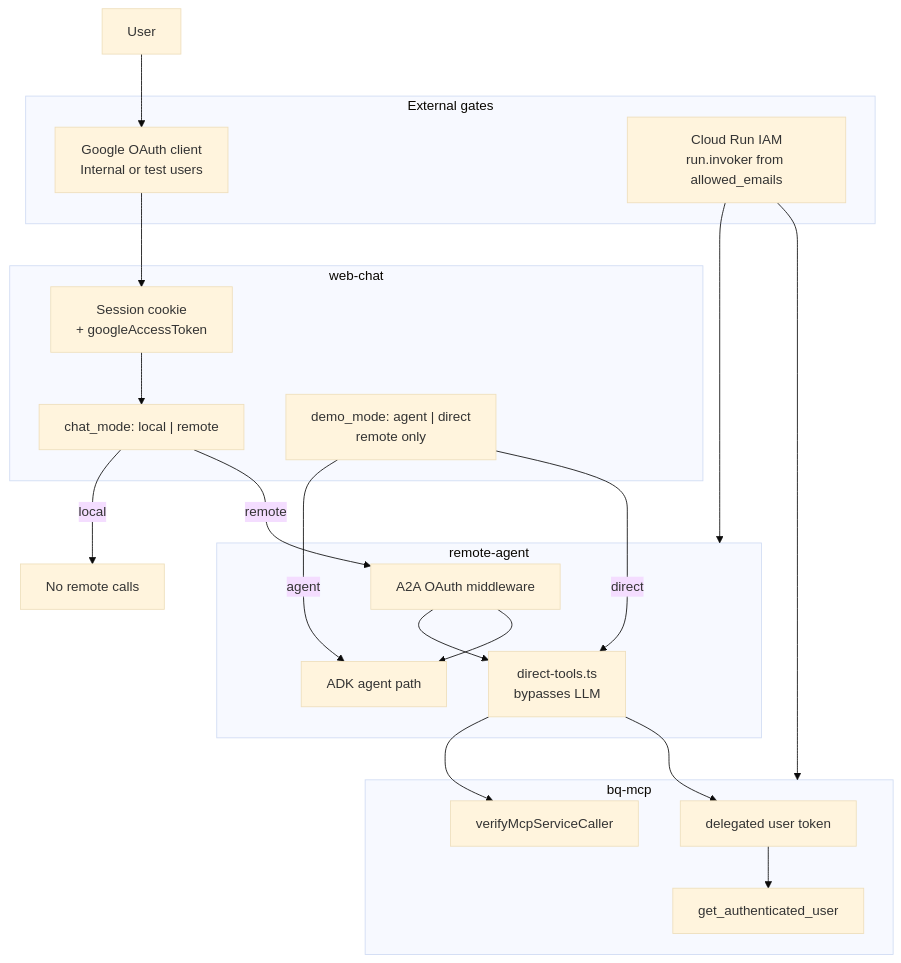
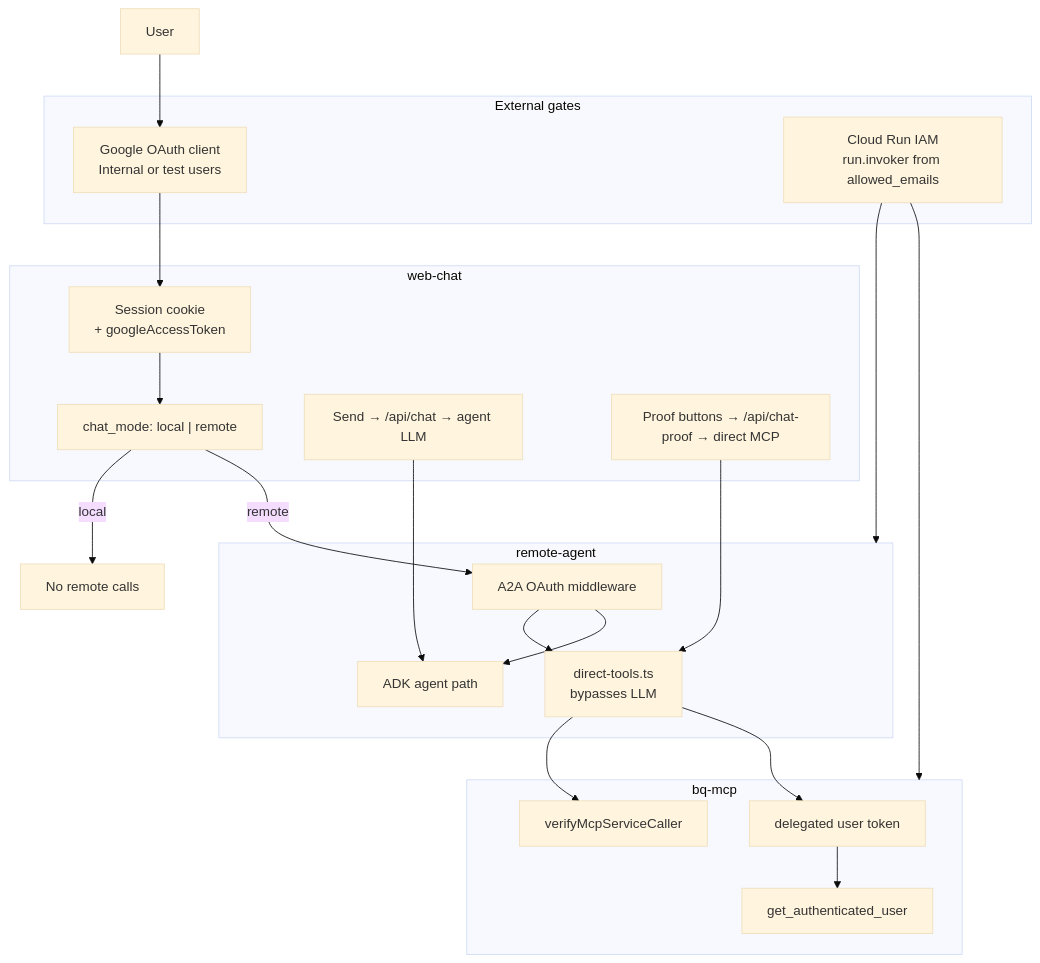
One commit to yu-iskw/agent-platform-demo changed the first of 2 diagrams in docs/auth-proof.md. Above: the diagram before and after it, drawn with Mermaid (base theme). The commit also changed other lines of this file and 37 other files, not shown here.

````diff
--- a/docs/auth-proof.md
+++ b/docs/auth-proof.md
@@ -7,38 +7,39 @@
 ```mermaid
 flowchart TB
   subgraph externalGates [External gates]
     OAuthClient["Google OAuth client\nInternal or test users"]
     RunInvoker["Cloud Run IAM\nrun.invoker from allowed_emails"]
   end
 
   subgraph webChat [web-chat]
     Session["Session cookie\n+ googleAccessToken"]
     ChatMode["chat_mode: local | remote"]
-    DemoMode["demo_mode: agent | direct\nremote only"]
+    SendPath["Send → /api/chat → agent LLM"]
+    ProofPath["Proof buttons → /api/chat-proof → direct MCP"]
   end
 
   subgraph remoteAgent [remote-agent]
     A2AAuth["A2A OAuth middleware"]
     DirectTools["direct-tools.ts\nbypasses LLM"]
     AgentLLM["ADK agent path"]
   end
 
   subgraph bqMcp [bq-mcp]
     SAVerify["verifyMcpServiceCaller"]
     UserVerify["delegated user token"]
     GetUser["get_authenticated_user"]
   end
 
   User --> OAuthClient --> Session
   RunInvoker --> remoteAgent
   RunInvoker --> bqMcp
   Session --> ChatMode
   ChatMode -->|local| LocalOnly["No remote calls"]
   ChatMode -->|remote| A2AAuth
-  DemoMode -->|agent| AgentLLM
-  DemoMode -->|direct| DirectTools
+  SendPath --> AgentLLM
+  ProofPath --> DirectTools
   A2AAuth --> DirectTools
   A2AAuth --> AgentLLM
   DirectTools --> SAVerify
   DirectTools --> UserVerify --> GetUser
 ```
````
